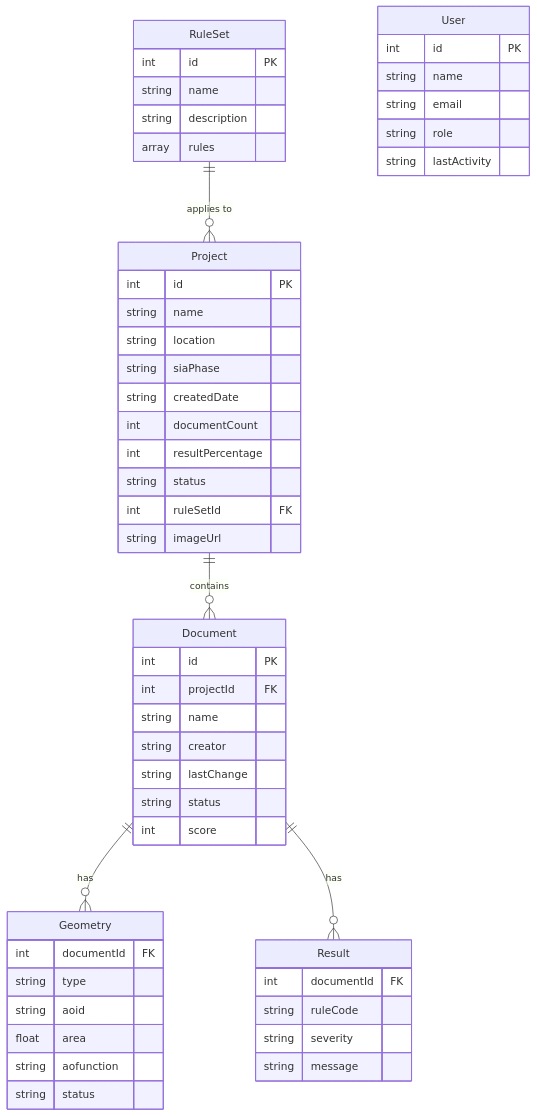
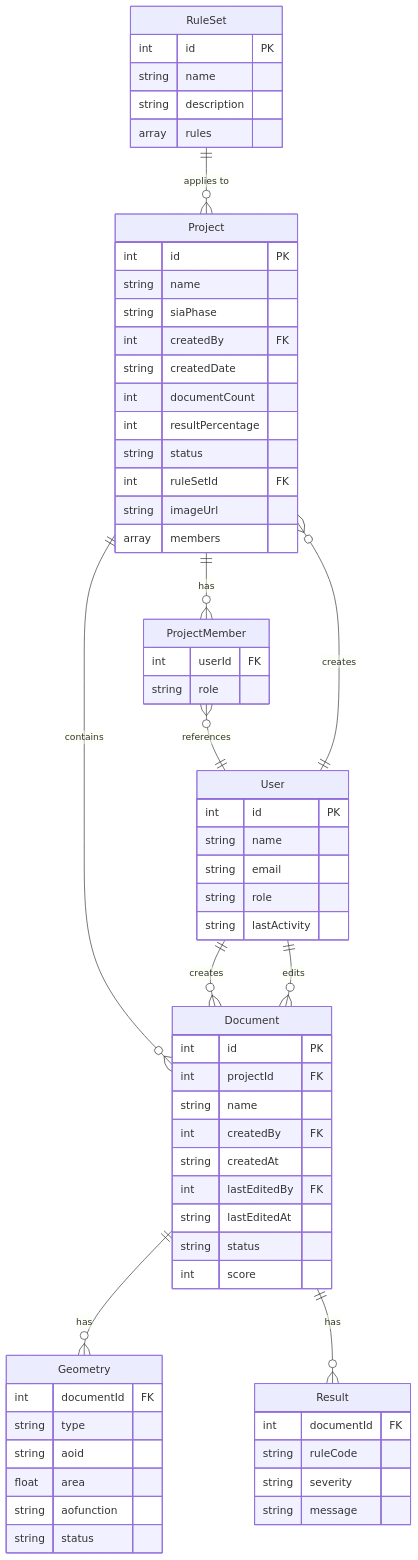
One commit to davras5/plan-check changed the diagram in documentation/data-model.md. Above: the diagram before and after it, drawn with Mermaid. The commit also changed other lines of this file and 3 other files, not shown here.

````diff
--- a/documentation/data-model.md
+++ b/documentation/data-model.md
@@ -11,61 +11,74 @@
 ```mermaid
 erDiagram
     RuleSet ||--o{ Project : "applies to"
     Project ||--o{ Document : "contains"
+    Project ||--o{ ProjectMember : "has"
+    ProjectMember }o--|| User : "references"
+    User ||--o{ Project : "creates"
+    User ||--o{ Document : "creates"
+    User ||--o{ Document : "edits"
     Document ||--o{ Geometry : "has"
     Document ||--o{ Result : "has"
 
     RuleSet {
         int id PK
         string name
         string description
         array rules
     }
 
     Project {
         int id PK
         string name
-        string location
         string siaPhase
+        int createdBy FK
         string createdDate
         int documentCount
         int resultPercentage
         string status
         int ruleSetId FK
         string imageUrl
+        array members
+    }
+
+    ProjectMember {
+        int userId FK
+        string role
     }
 
     Document {
         int id PK
         int projectId FK
         string name
-        string creator
-        string lastChange
+        int createdBy FK
+        string createdAt
+        int lastEditedBy FK
+        string lastEditedAt
         string status
         int score
     }
 
     Geometry {
         int documentId FK
         string type
         string aoid
         float area
         string aofunction
         string status
     }
 
     Result {
         int documentId FK
         string ruleCode
         string severity
         string message
     }
 
     User {
         int id PK
         string name
         string email
         string role
         string lastActivity
     }
 ```
````
